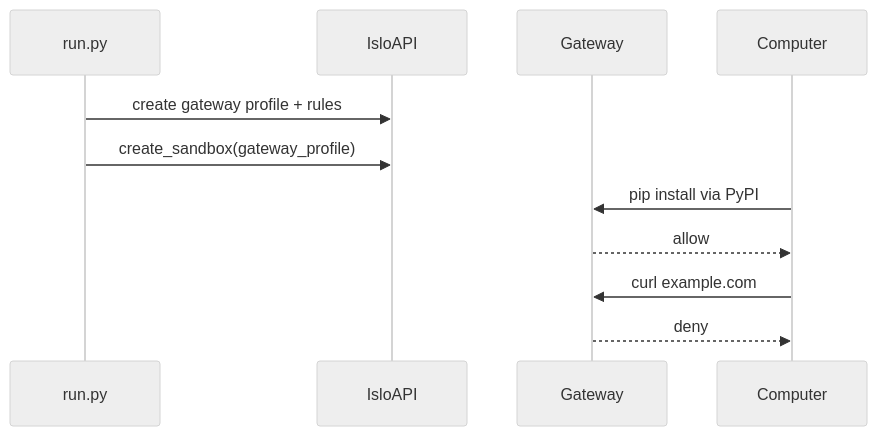
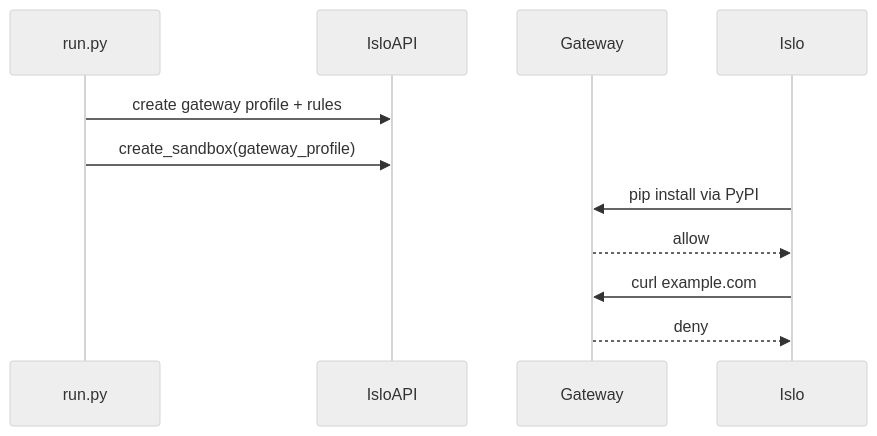
Before and after one commit to islo-labs/recipes: the diagram in recipes/gateway-allowlist/README.md, drawn with Mermaid (neutral theme). The commit also changed other lines of this file and 23 other files, not shown here.

First line of the commit message:
docs: use "in Islo" instead of "in an Islo computer"

````diff
--- a/recipes/gateway-allowlist/README.md
+++ b/recipes/gateway-allowlist/README.md
@@ -54,14 +54,14 @@
 ```mermaid
 sequenceDiagram
     participant Script as run.py
     participant Islo as IsloAPI
     participant GW as Gateway
-    participant PC as Computer
+    participant PC as Islo
 
     Script->>Islo: create gateway profile + rules
     Script->>Islo: create_sandbox(gateway_profile)
     PC->>GW: pip install via PyPI
     GW-->>PC: allow
     PC->>GW: curl example.com
     GW-->>PC: deny
 ```
````
